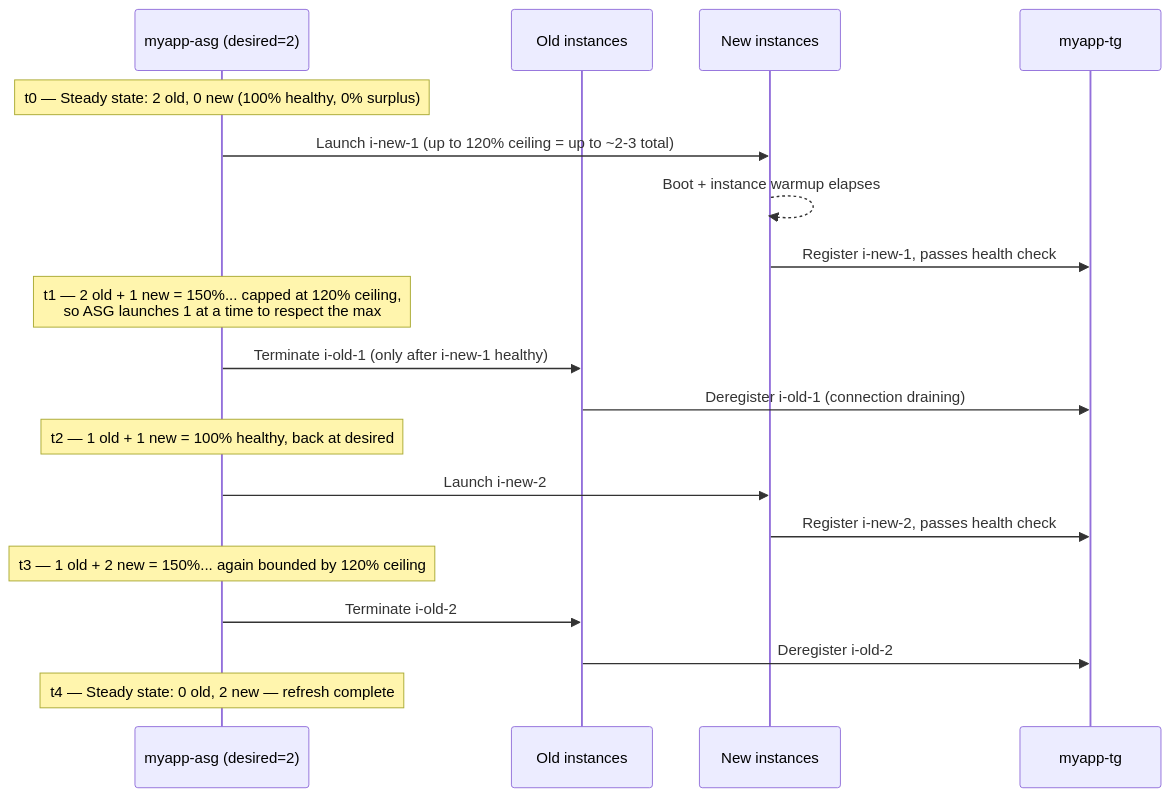
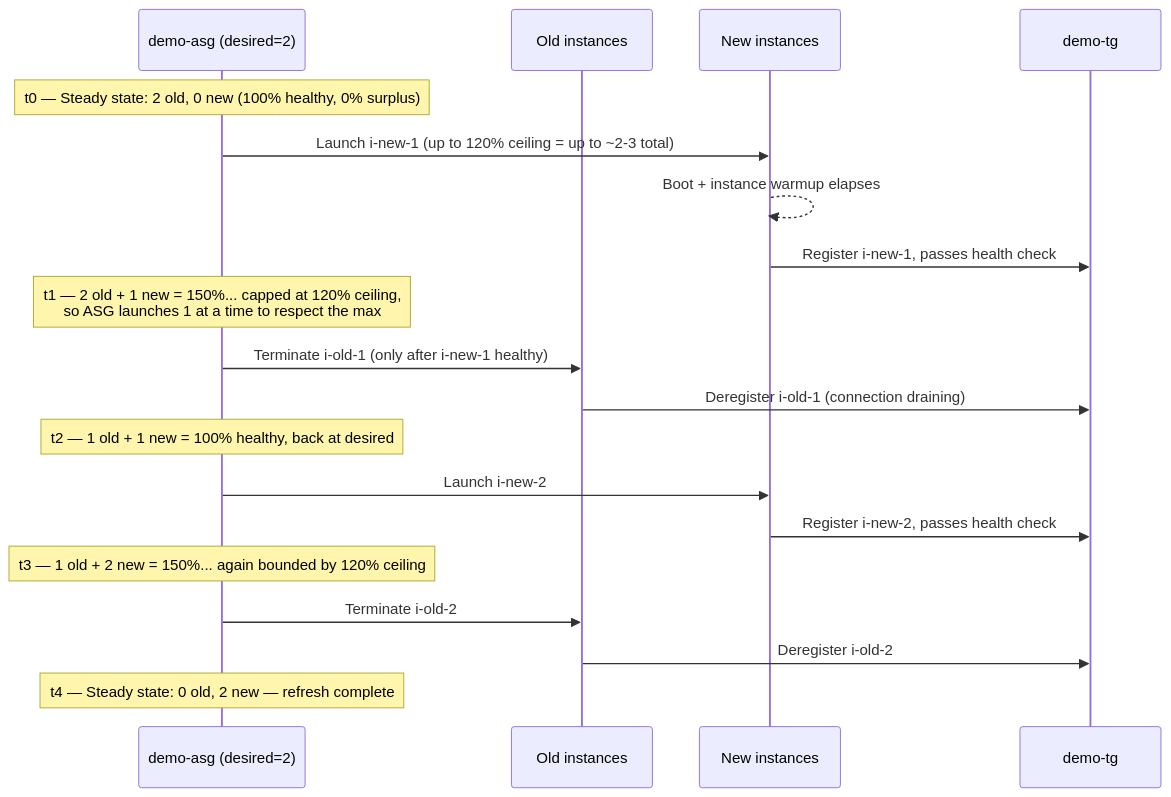
The diagram in EC2/ASG/07-Instance-Maintenance-Policy-HandsOn.md (msdeepak052/AWS_Imp_Concepts), drawn with Mermaid before and after one commit. The commit also changed other lines of this file and 66 other files, not shown here.

````diff
--- a/EC2/ASG/07-Instance-Maintenance-Policy-HandsOn.md
+++ b/EC2/ASG/07-Instance-Maintenance-Policy-HandsOn.md
@@ -54,22 +54,22 @@
 ```mermaid
 sequenceDiagram
-    participant ASG as myapp-asg (desired=2)
+    participant ASG as demo-asg (desired=2)
     participant Old as Old instances
     participant New as New instances
-    participant TG as myapp-tg
+    participant TG as demo-tg
 
     Note over ASG: t0 — Steady state: 2 old, 0 new (100% healthy, 0% surplus)
     ASG->>New: Launch i-new-1 (up to 120% ceiling = up to ~2-3 total)
     New-->>New: Boot + instance warmup elapses
     New->>TG: Register i-new-1, passes health check
     Note over ASG: t1 — 2 old + 1 new = 150%... capped at 120% ceiling,<br/>so ASG launches 1 at a time to respect the max
     ASG->>Old: Terminate i-old-1 (only after i-new-1 healthy)
     Old->>TG: Deregister i-old-1 (connection draining)
     Note over ASG: t2 — 1 old + 1 new = 100% healthy, back at desired
     ASG->>New: Launch i-new-2
     New->>TG: Register i-new-2, passes health check
     Note over ASG: t3 — 1 old + 2 new = 150%... again bounded by 120% ceiling
     ASG->>Old: Terminate i-old-2
     Old->>TG: Deregister i-old-2
     Note over ASG: t4 — Steady state: 0 old, 2 new — refresh complete
 ```
````
